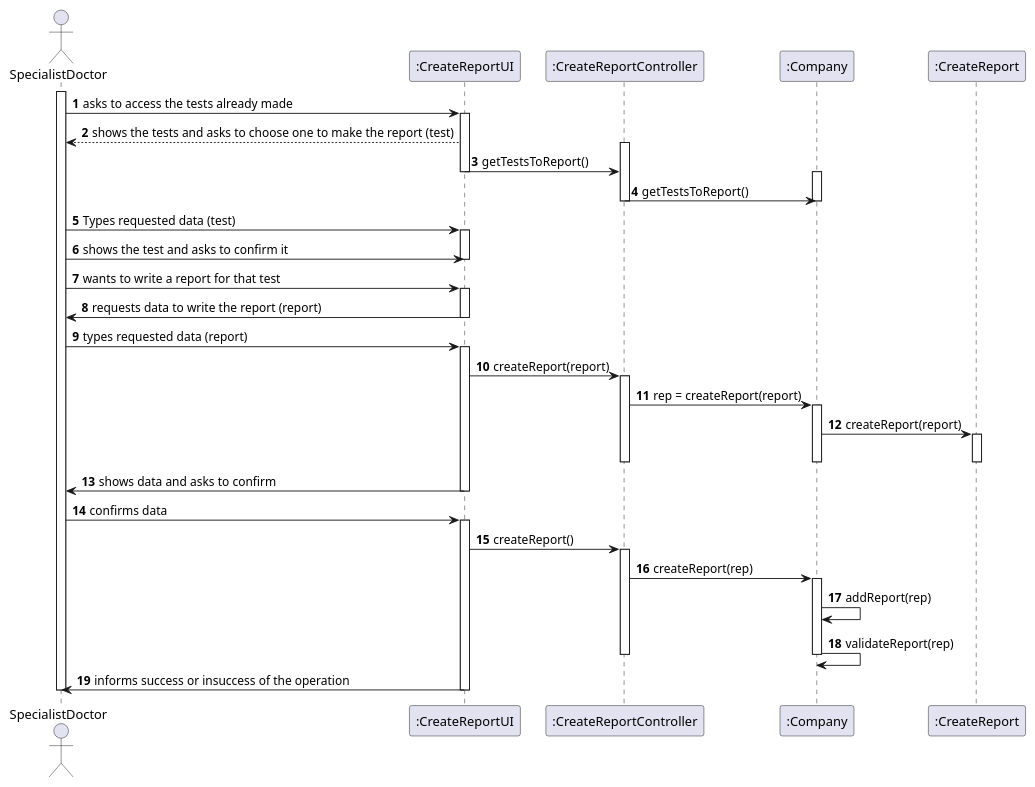
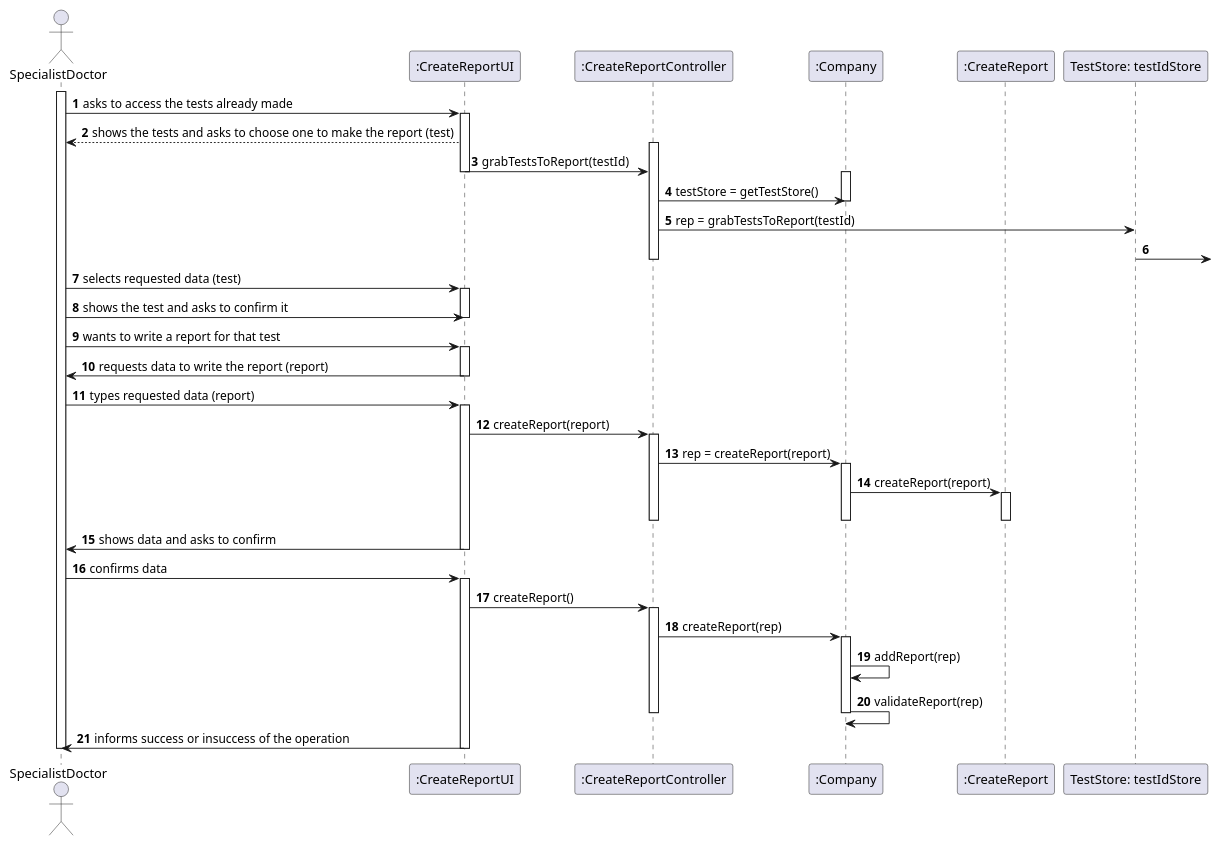
The diagram in docs/SprintC/US14/US14_SD.puml (jsmarques98/LAPR2-ISEP), drawn with PlantUML before and after one commit. The commit also changed other lines of this file and 4 other files, not shown here.

```diff
--- a/docs/SprintC/US14/US14_SD.puml
+++ b/docs/SprintC/US14/US14_SD.puml
@@ -1,103 +1,110 @@
 @startuml
 autonumber
 
 actor "SpecialistDoctor" as Spec
 
 participant ":CreateReportUI" as UI
 participant ":CreateReportController" as CRC
 participant ":Company" as COM
 participant ":CreateReport" as CR
+participant "TestStore: testIdStore" as TS
 
 activate Spec
 
 Spec -> UI : asks to access the tests already made
 
 activate UI
 
 UI --> Spec : shows the tests and asks to choose one to make the report (test)
 
 activate CRC
 
-UI -> CRC : getTestsToReport()
+UI -> CRC : grabTestsToReport(testId)
 
 deactivate UI
 activate COM
 
-CRC -> COM : getTestsToReport()
+CRC -> COM : testStore = getTestStore()
+
+deactivate COM
+
+CRC -> TS : rep = grabTestsToReport(testId)
+
+TS ->
 
 deactivate CRC
-deactivate COM
 
 
-Spec -> UI : Types requested data (test)
+
+Spec -> UI : selects requested data (test)
 
 activate UI
 
 Spec -> UI : shows the test and asks to confirm it
 
 deactivate UI
 
 Spec -> UI : wants to write a report for that test
 
 activate UI
 
 UI -> Spec : requests data to write the report (report)
 
 deactivate UI
 
 Spec -> UI : types requested data (report)
 
 activate UI
 
 UI -> CRC : createReport(report)
 
 activate CRC
 
 CRC -> COM : rep = createReport(report)
 
 activate COM
 
 COM -> CR : createReport(report)
 
 activate CR
 
 deactivate CRC
 deactivate CR
 deactivate COM
 
 UI -> Spec : shows data and asks to confirm
 
 deactivate UI
 
 Spec -> UI : confirms data
 
 activate UI
 
 UI -> CRC : createReport()
 
 activate CRC
 
 CRC -> COM : createReport(rep)
 
 activate COM
 
 COM -> COM : addReport(rep)
 COM -> COM: validateReport(rep)
 
 deactivate COM
 deactivate CRC
 
 UI -> Spec : informs success or insuccess of the operation
 
 deactivate UI
 deactivate Spec
 
 
 
 
 
 
 
 
 
 @enduml
```
